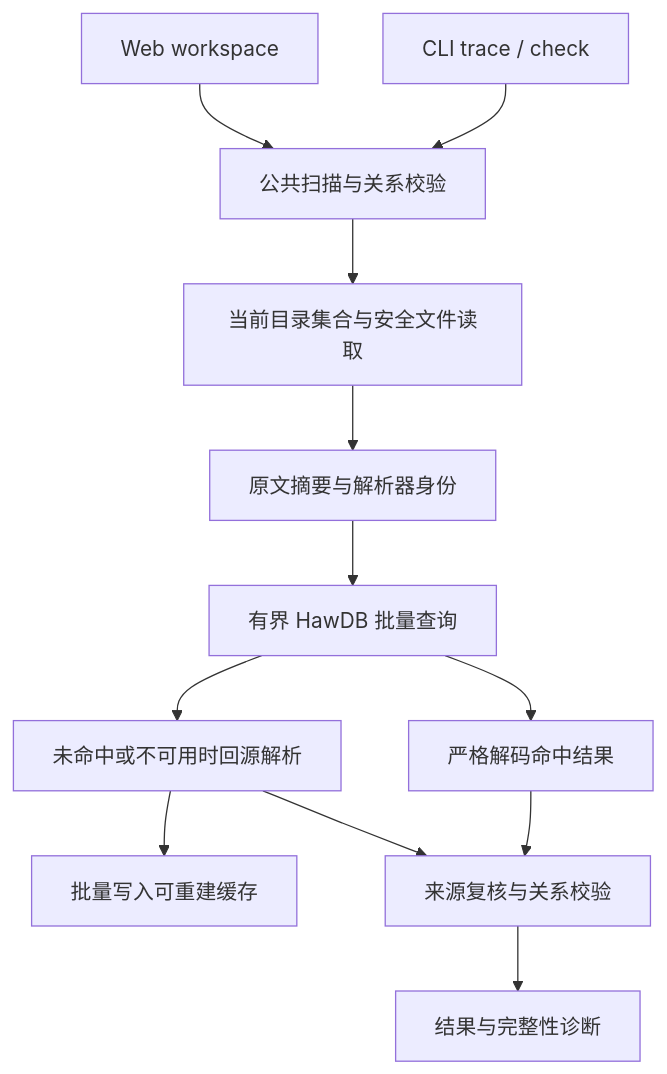
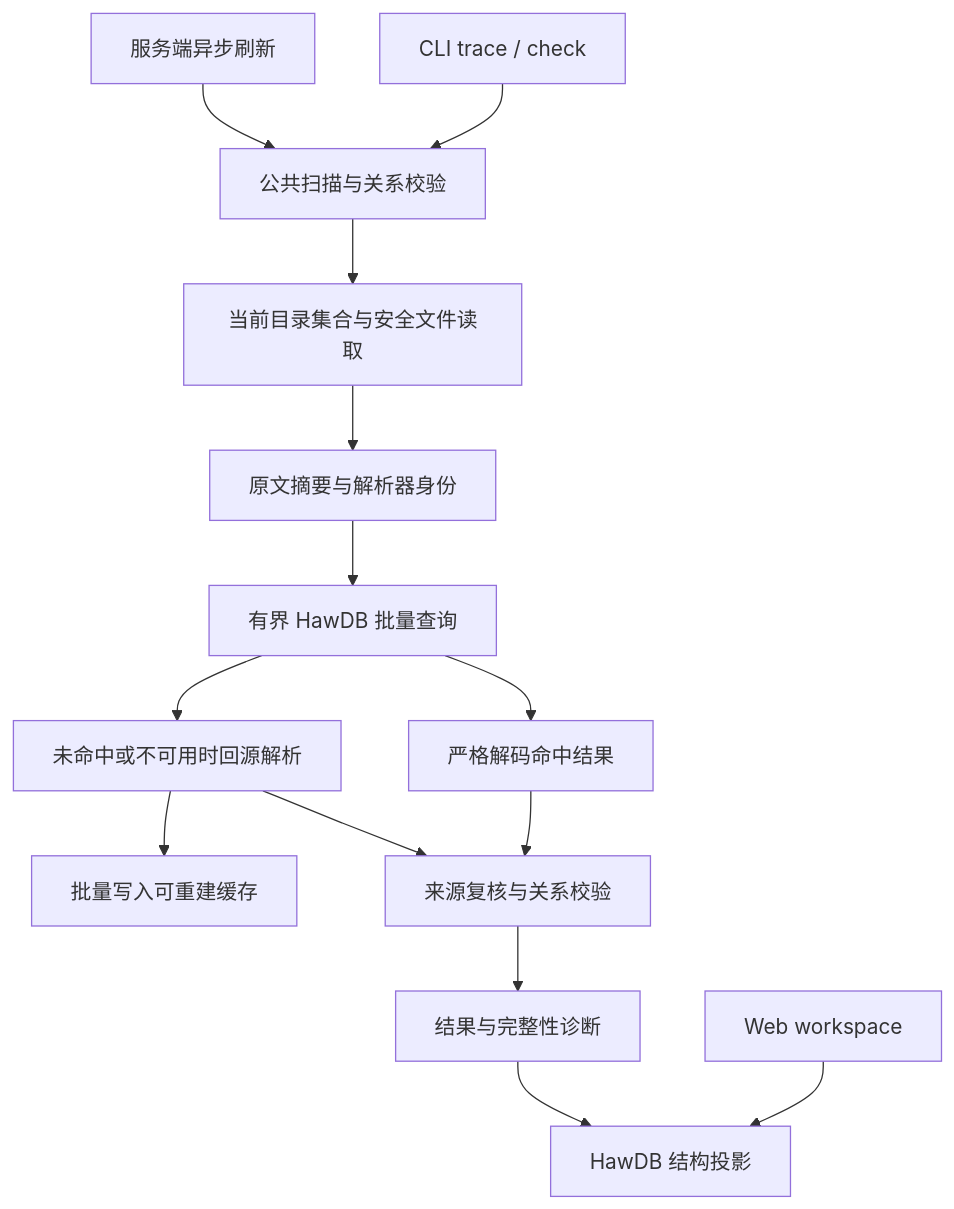
Before and after one commit to CorrectRoadH/Concord: the diagram in docs/architecture.md, drawn with Mermaid. The commit also changed other lines of this file and 57 other files, not shown here.

````diff
--- a/docs/architecture.md
+++ b/docs/architecture.md
@@ -83,14 +83,16 @@
 ```mermaid
 flowchart TD
   CLI[CLI trace / check] --> Scan[公共扫描与关系校验]
-  Web[Web workspace] --> Scan
+  Web[Web workspace] --> Projection[HawDB 结构投影]
+  Refresh[服务端异步刷新] --> Scan
+  Result --> Projection
   Scan --> Sources[当前目录集合与安全文件读取]
   Sources --> Keys[原文摘要与解析器身份]
   Keys --> Cache[有界 HawDB 批量查询]
   Cache --> Decode[严格解码命中结果]
   Cache --> Parse[未命中或不可用时回源解析]
   Parse --> Write[批量写入可重建缓存]
   Decode --> Validate[来源复核与关系校验]
   Parse --> Validate
   Validate --> Result[结果与完整性诊断]
 ```
````
